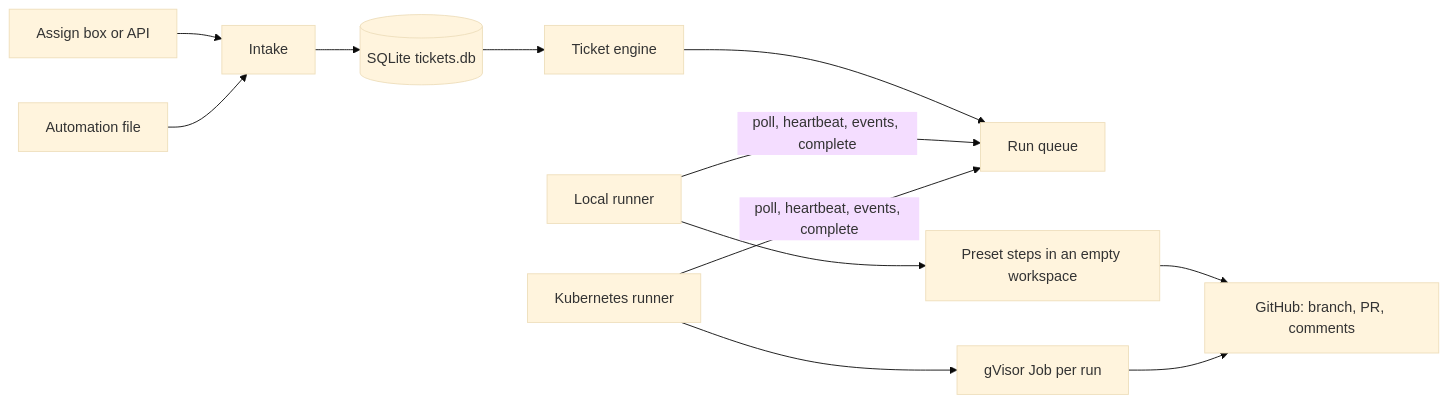
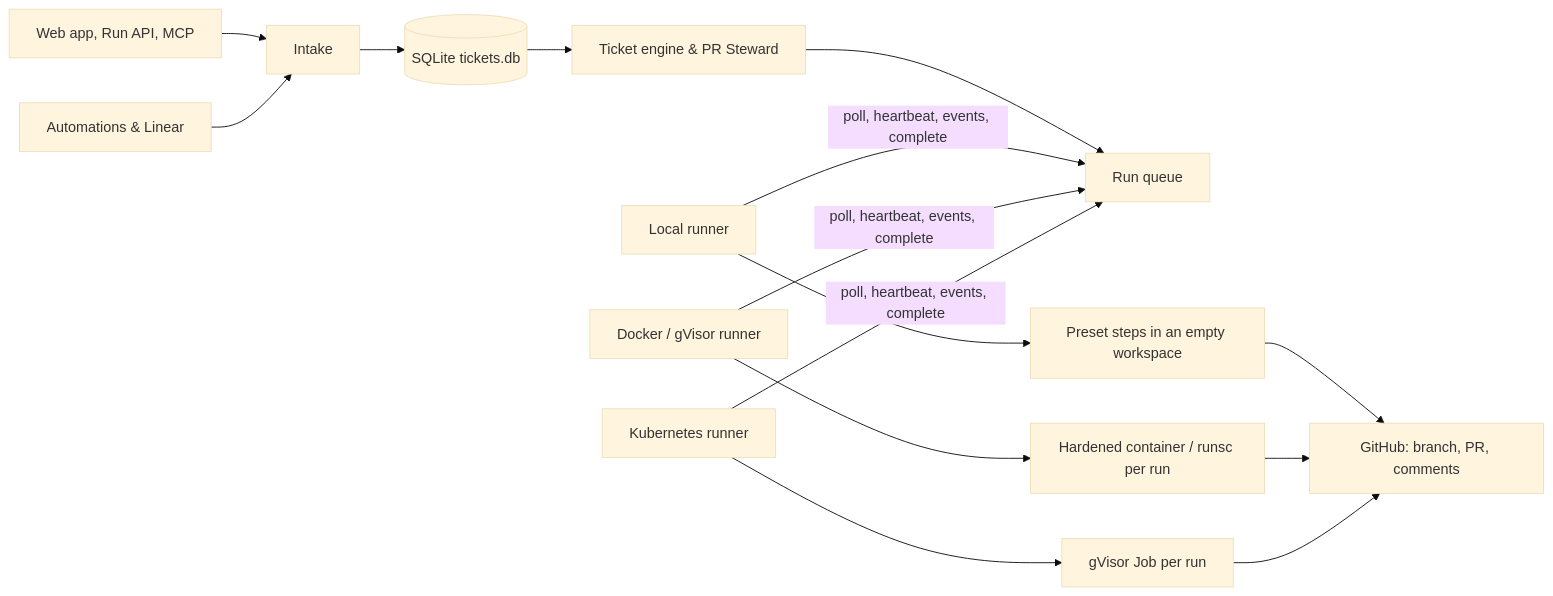
The diagram in ARCHITECTURE.md (owainlewis/machinist), drawn with Mermaid (base theme) before and after one commit. The commit also changed other lines of this file and 5 other files, not shown here.

Commit message:
docs: update product docs for automations UI, MCP, risk badges, PR Steward, Docker runner, and live reload (ENG-202)

````diff
--- a/ARCHITECTURE.md
+++ b/ARCHITECTURE.md
@@ -19,14 +24,17 @@
 ```mermaid
 flowchart LR
-    Assign[Assign box or API] --> Intake
-    Schedule[Automation file] --> Intake
+    Assign[Web app, Run API, MCP] --> Intake
+    Schedule[Automations & Linear] --> Intake
     Intake --> Store[(SQLite tickets.db)]
-    Store --> Engine[Ticket engine]
+    Store --> Engine[Ticket engine & PR Steward]
     Engine --> Queue[Run queue]
     Local[Local runner] -->|poll, heartbeat, events, complete| Queue
+    Docker[Docker / gVisor runner] -->|poll, heartbeat, events, complete| Queue
     Kube[Kubernetes runner] -->|poll, heartbeat, events, complete| Queue
     Local --> Steps[Preset steps in an empty workspace]
+    Docker --> Container[Hardened container / runsc per run]
     Kube --> Job[gVisor Job per run]
     Steps --> GitHub[GitHub: branch, PR, comments]
+    Container --> GitHub
     Job --> GitHub
 ```
````
